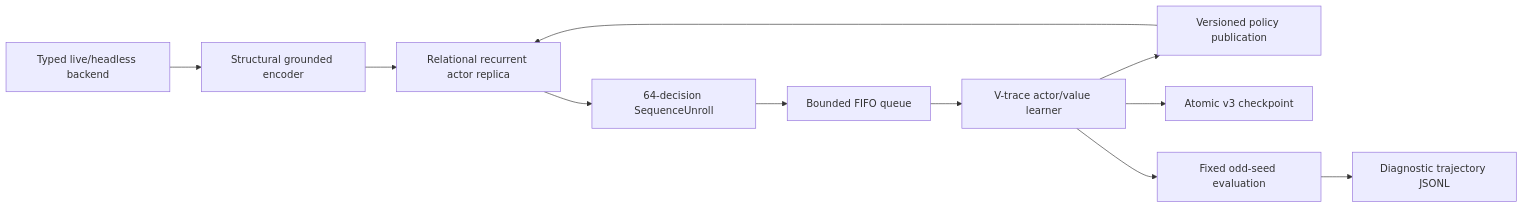
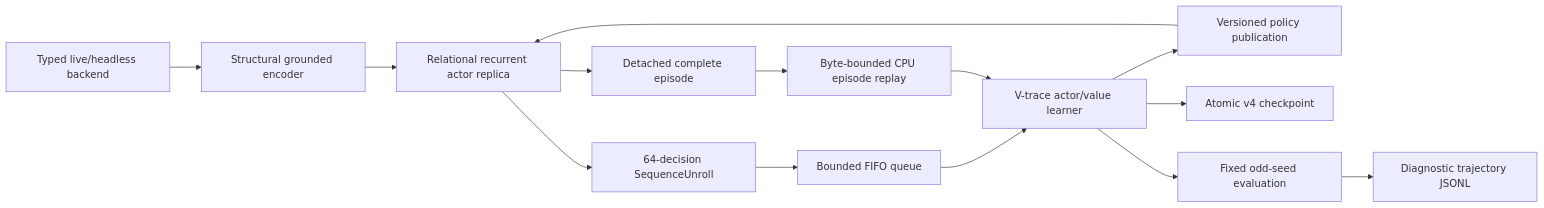
Before and after one commit to Yidhar/sts2-mcp: the diagram in docs/rl-grounded-baseline.md, drawn with Mermaid. The commit also changed other lines of this file and 27 other files, not shown here.

````diff
--- a/docs/rl-grounded-baseline.md
+++ b/docs/rl-grounded-baseline.md
@@ -16,13 +19,16 @@
 ```mermaid
 flowchart LR
     Env["Typed live/headless backend"] --> Encoder["Structural grounded encoder"]
     Encoder --> Actor["Relational recurrent actor replica"]
     Actor --> Unroll["64-decision SequenceUnroll"]
     Unroll --> Queue["Bounded FIFO queue"]
     Queue --> Learner["V-trace actor/value learner"]
+    Actor --> Episode["Detached complete episode"]
+    Episode --> EpisodeReplay["Byte-bounded CPU episode replay"]
+    EpisodeReplay --> Learner
     Learner --> Publish["Versioned policy publication"]
     Publish --> Actor
-    Learner --> Checkpoint["Atomic v3 checkpoint"]
+    Learner --> Checkpoint["Atomic v4 checkpoint"]
     Learner --> Eval["Fixed odd-seed evaluation"]
     Eval --> Journal["Diagnostic trajectory JSONL"]
 ```
````
